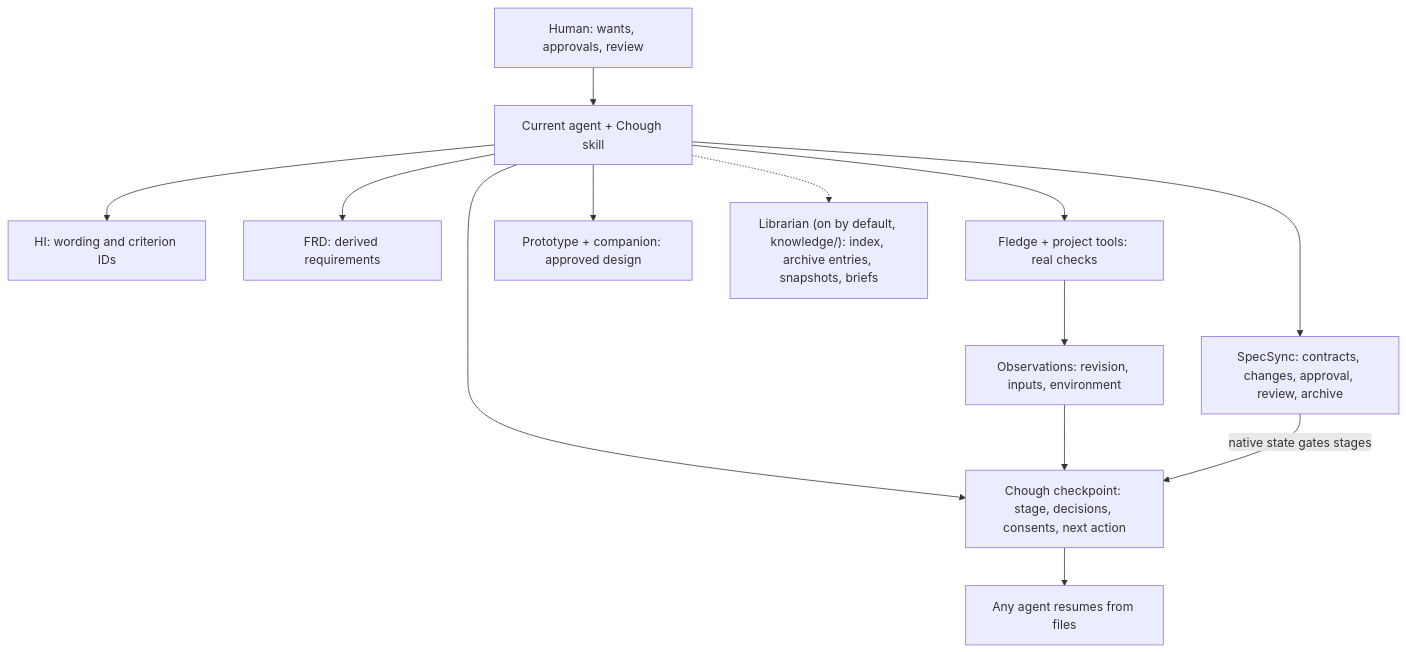
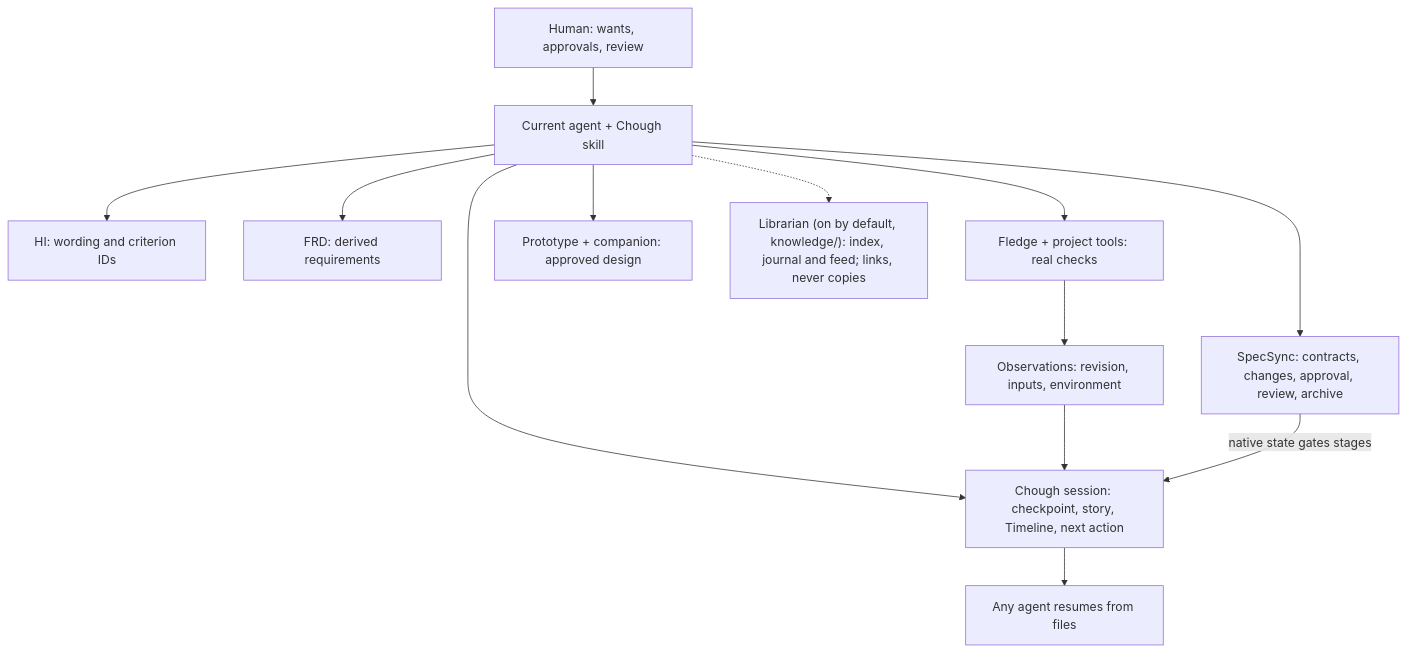
One commit to CorvidLabs/chough changed the first of 2 diagrams in docs/architecture.md. Above: the diagram before and after it, drawn with Mermaid. The commit also changed other lines of this file and 10 other files, not shown here.

First line of the commit message:
Update: architecture, FRD, lifecycle, walkthrough, decisions, integrations and the test plan for 0.6.0

````diff
--- a/docs/architecture.md
+++ b/docs/architecture.md
@@ -11,15 +11,15 @@
 ```mermaid
 flowchart TB
     human["Human: wants, approvals, review"] --> agent["Current agent + Chough skill"]
     agent --> hi["HI: wording and criterion IDs"]
     agent --> frd["FRD: derived requirements"]
     agent --> spec["SpecSync: contracts, changes, approval, review, archive"]
     agent --> fledge["Fledge + project tools: real checks"]
     agent --> proto["Prototype + companion: approved design"]
-    agent --> chough["Chough checkpoint: stage, decisions, consents, next action"]
-    agent -.-> library["Librarian (on by default, knowledge/): index, archive entries, snapshots, briefs"]
+    agent --> chough["Chough session: checkpoint, story, Timeline, next action"]
+    agent -.-> library["Librarian (on by default, knowledge/): index, journal and feed; links, never copies"]
     fledge --> evidence["Observations: revision, inputs, environment"]
     evidence --> chough
     spec -->|"native state gates stages"| chough
     chough --> resume["Any agent resumes from files"]
 ```
````
